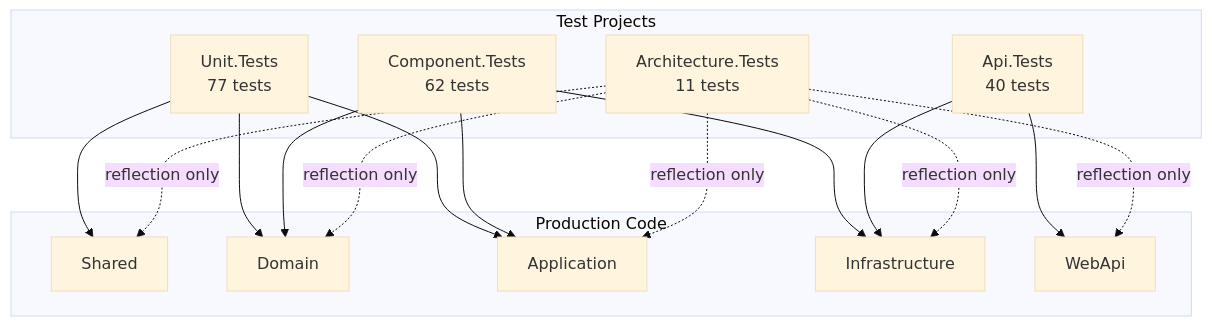
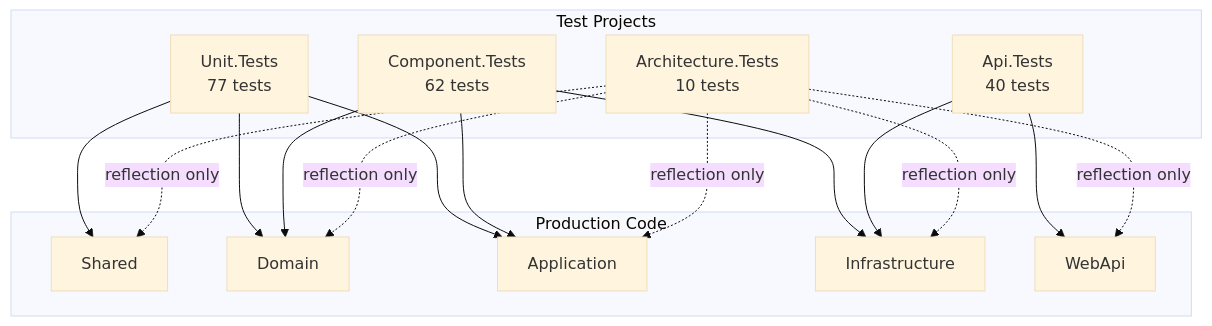
Before and after one commit to fpindej/netrock: the first of 2 diagrams in docs/sessions/2026-02-15-backend-test-suite.md, drawn with Mermaid (base theme). The commit also changed other lines of this file and 3 other files, not shown here.

````diff
--- a/docs/sessions/2026-02-15-backend-test-suite.md
+++ b/docs/sessions/2026-02-15-backend-test-suite.md
@@ -63,34 +63,34 @@
 ```mermaid
 flowchart TD
     subgraph "Test Projects"
         UT[Unit.Tests<br/>77 tests]
         CT[Component.Tests<br/>62 tests]
         AT[Api.Tests<br/>40 tests]
-        ARCH[Architecture.Tests<br/>11 tests]
+        ARCH[Architecture.Tests<br/>10 tests]
     end
 
     subgraph "Production Code"
         S[Shared]
         D[Domain]
         A[Application]
         I[Infrastructure]
         W[WebApi]
     end
 
     UT --> S
     UT --> D
     UT --> A
 
     CT --> I
     CT --> A
     CT --> D
 
     AT --> W
     AT --> I
 
     ARCH -.->|reflection only| S
     ARCH -.->|reflection only| D
     ARCH -.->|reflection only| A
     ARCH -.->|reflection only| I
     ARCH -.->|reflection only| W
 ```
````
